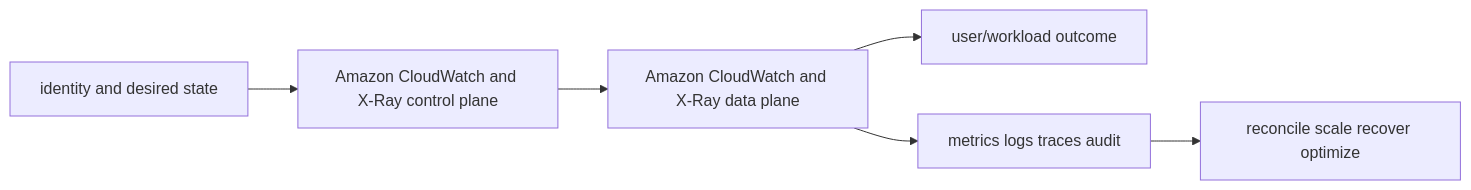
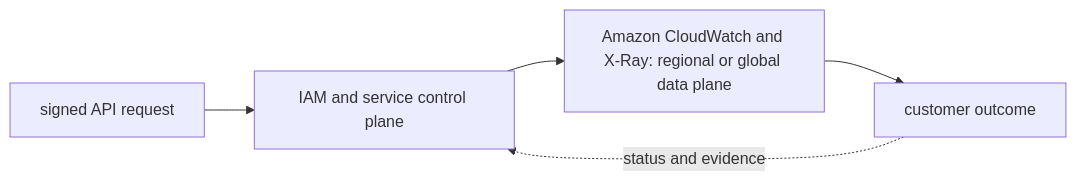
One commit to tomkidumbuyo/DevOps-interview-preparation changed the diagram in 07-aws/09-security-operations/05-cloudwatch-xray/README.md. Above: the diagram before and after it, drawn with Mermaid. The commit also changed other lines of this file and 753 other files, not shown here.

````diff
--- a/07-aws/09-security-operations/05-cloudwatch-xray/README.md
+++ b/07-aws/09-security-operations/05-cloudwatch-xray/README.md
@@ -19,8 +31,7 @@
 ```mermaid
 flowchart LR
-  I[identity and desired state] --> C[Amazon CloudWatch and X-Ray control plane]
-  C --> D[Amazon CloudWatch and X-Ray data plane]
-  D --> U[user/workload outcome]
-  D --> O[metrics logs traces audit]
-  O --> R[reconcile scale recover optimize]
+  A["signed API request"] --> B["IAM and service control plane"]
+  B --> C["Amazon CloudWatch and X-Ray: regional or global data plane"]
+  C --> D["customer outcome"]
+  D -. "status and evidence" .-> B
 ```
````
